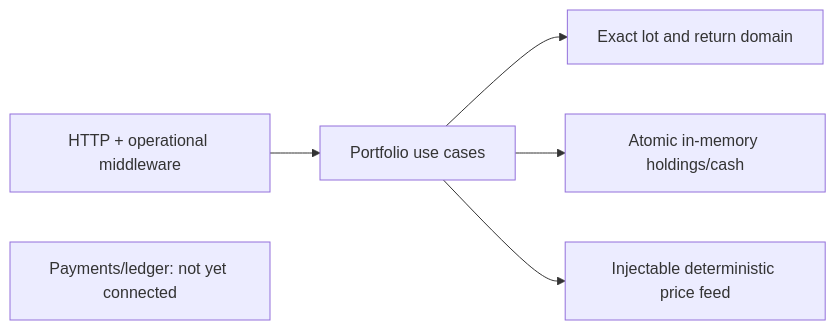
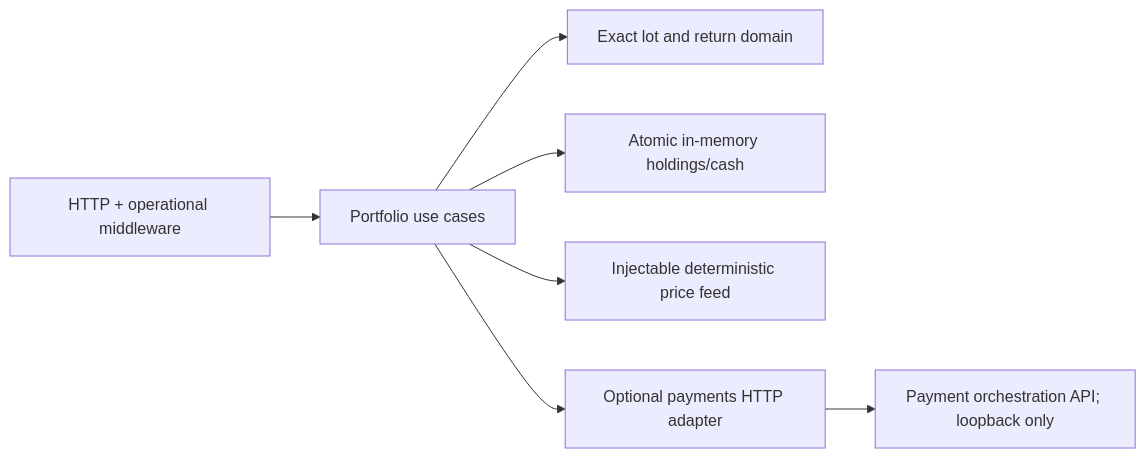
One commit to TuanKietTran/portfolio-tracker-go changed the diagram in README.md. Above: the diagram before and after it, drawn with Mermaid. The commit also changed other lines of this file and 12 other files, not shown here.

````diff
--- a/README.md
+++ b/README.md
@@ -17,8 +25,9 @@
 ```mermaid
 flowchart LR
   HTTP[HTTP + operational middleware] --> UseCases[Portfolio use cases]
   UseCases --> Domain[Exact lot and return domain]
   UseCases --> State[Atomic in-memory holdings/cash]
   UseCases --> Prices[Injectable deterministic price feed]
-  Payments[Payments/ledger: not yet connected]
+  UseCases --> PaymentClient[Optional payments HTTP adapter]
+  PaymentClient --> Payments[Payment orchestration API; loopback only]
 ```
````
